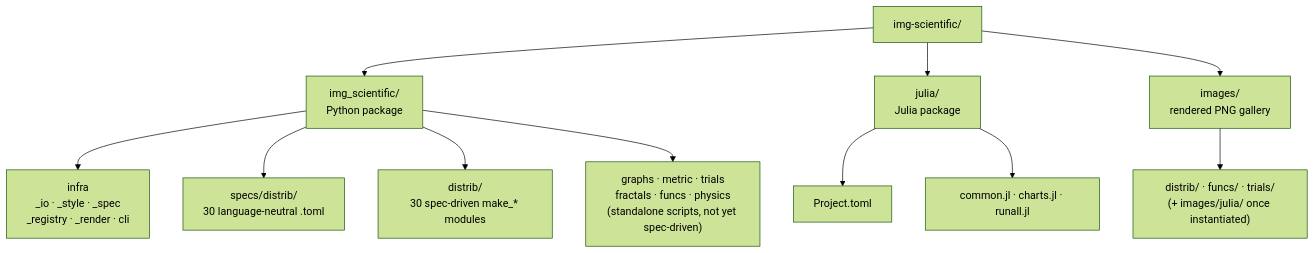
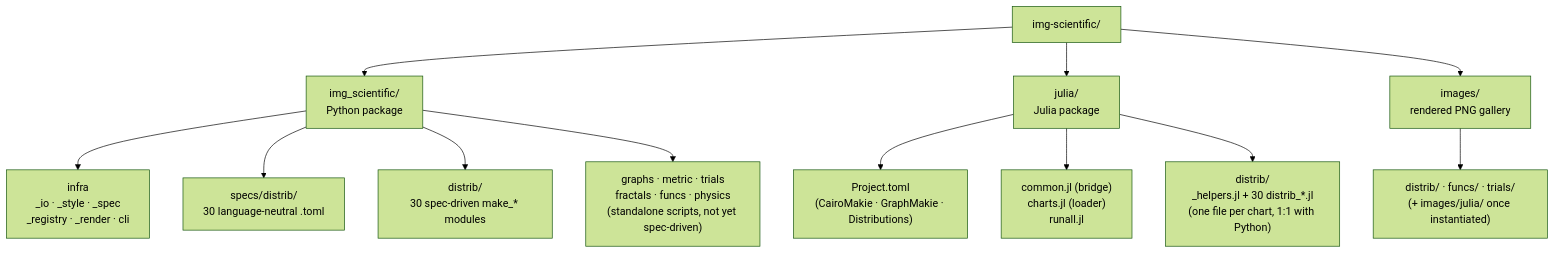
The second of 2 diagrams in README.md (ivaquero/img-scientific), drawn with Mermaid (forest theme) before and after one commit. The commit also changed other lines of this file and 51 other files, not shown here.

````diff
--- a/README.md
+++ b/README.md
@@ -38,18 +39,19 @@
 ```mermaid
 flowchart TD
     ROOT["img-scientific/"]
 
     ROOT --> PKG["img_scientific/<br/>Python package"]
     ROOT --> JPKG["julia/<br/>Julia package"]
     ROOT --> IMG["images/<br/>rendered PNG gallery"]
 
     PKG --> INFRA["infra<br/>_io · _style · _spec<br/>_registry · _render · cli"]
     PKG --> SPECS["specs/distrib/<br/>30 language-neutral .toml"]
     PKG --> TDIST["distrib/<br/>30 spec-driven make_* modules"]
     PKG --> TPEND["graphs · metric · trials<br/>fractals · funcs · physics<br/>(standalone scripts, not yet spec-driven)"]
 
-    JPKG --> JP["Project.toml"]
-    JPKG --> JC["common.jl · charts.jl · runall.jl"]
+    JPKG --> JP["Project.toml<br/>(CairoMakie · GraphMakie · Distributions)"]
+    JPKG --> JC["common.jl (bridge)<br/>charts.jl (loader)<br/>runall.jl"]
+    JPKG --> JDIST["distrib/<br/>_helpers.jl + 30 distrib_*.jl<br/>(one file per chart, 1:1 with Python)"]
 
     IMG --> IP["distrib/ · funcs/ · trials/<br/>(+ images/julia/ once instantiated)"]
 ```
````
